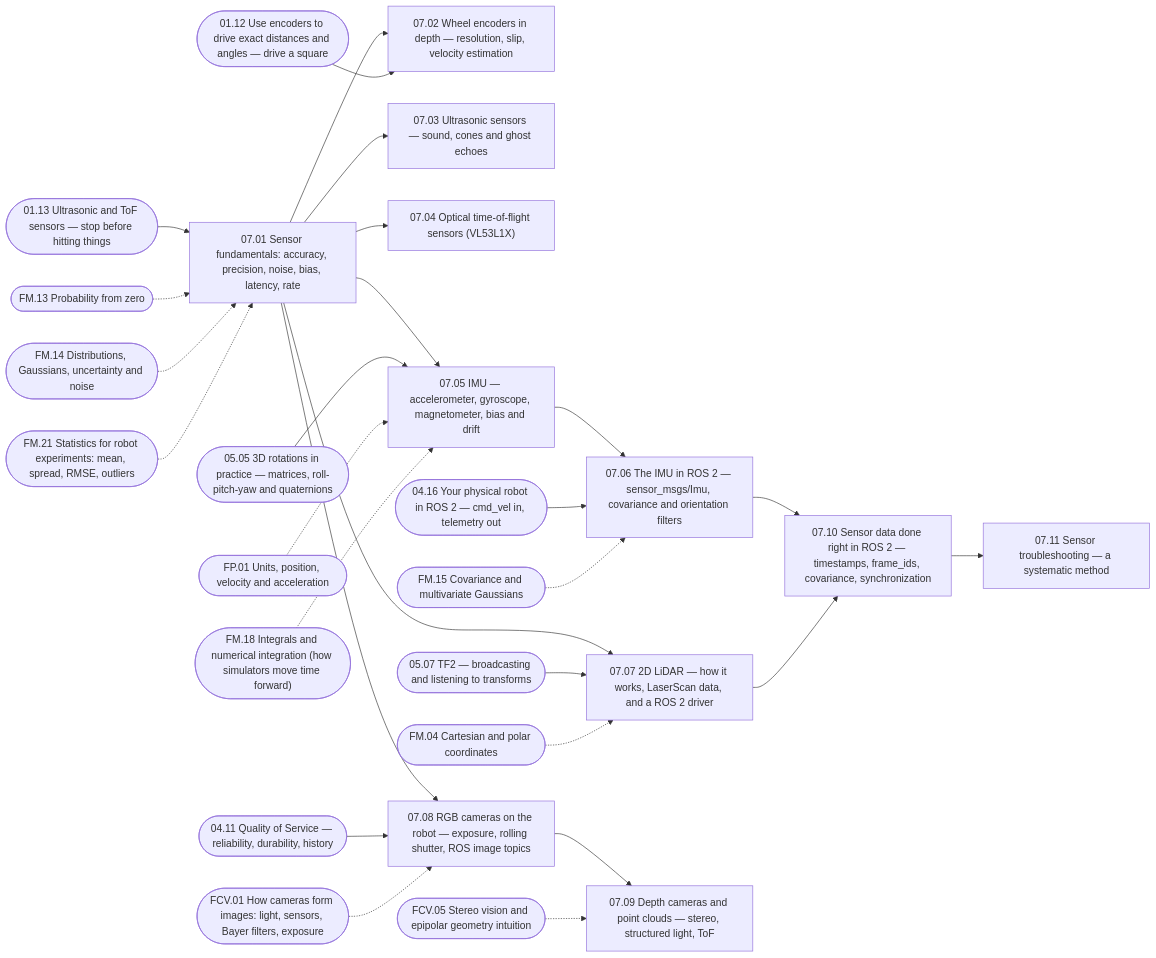
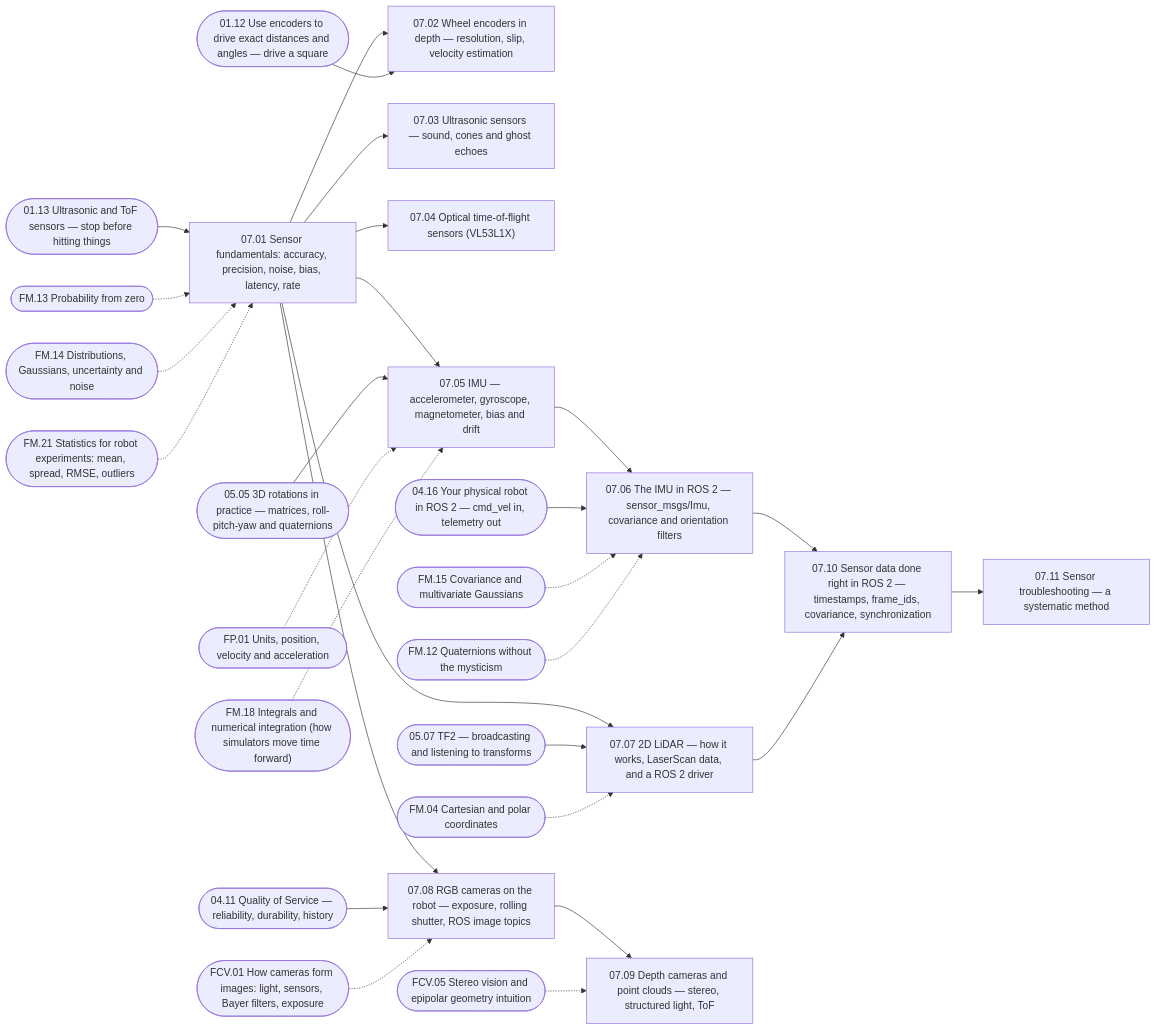
One commit to tal-giladi/robotics-course changed the ninth of 32 diagrams in curriculum/dependency-graph.md. Above: the diagram before and after it, drawn with Mermaid. The commit also changed other lines of this file and 39 other files, not shown here.

````diff
--- a/curriculum/dependency-graph.md
+++ b/curriculum/dependency-graph.md
@@ -641,55 +643,57 @@
 ```mermaid
 flowchart LR
   n_07_01["07.01 Sensor fundamentals: accuracy, precision, noise, bias, latency, rate"]
   n_07_02["07.02 Wheel encoders in depth — resolution, slip, velocity estimation"]
   n_07_03["07.03 Ultrasonic sensors — sound, cones and ghost echoes"]
   n_07_04["07.04 Optical time-of-flight sensors (VL53L1X)"]
   n_07_05["07.05 IMU — accelerometer, gyroscope, magnetometer, bias and drift"]
   n_07_06["07.06 The IMU in ROS 2 — sensor_msgs/Imu, covariance and orientation filters"]
   n_07_07["07.07 2D LiDAR — how it works, LaserScan data, and a ROS 2 driver"]
   n_07_08["07.08 RGB cameras on the robot — exposure, rolling shutter, ROS image topics"]
   n_07_09["07.09 Depth cameras and point clouds — stereo, structured light, ToF"]
   n_07_10["07.10 Sensor data done right in ROS 2 — timestamps, frame_ids, covariance, synchronization"]
   n_07_11["07.11 Sensor troubleshooting — a systematic method"]
   n_01_13 --> n_07_01
   n_FM_13 -.-> n_07_01
   n_FM_14 -.-> n_07_01
   n_FM_21 -.-> n_07_01
   n_07_01 --> n_07_02
   n_01_12 --> n_07_02
   n_07_01 --> n_07_03
   n_07_01 --> n_07_04
   n_07_01 --> n_07_05
   n_05_05 --> n_07_05
   n_FP_01 -.-> n_07_05
   n_FM_18 -.-> n_07_05
   n_07_05 --> n_07_06
   n_04_16 --> n_07_06
   n_FM_15 -.-> n_07_06
+  n_FM_12 -.-> n_07_06
   n_07_01 --> n_07_07
   n_05_07 --> n_07_07
   n_FM_04 -.-> n_07_07
   n_07_01 --> n_07_08
   n_04_11 --> n_07_08
   n_FCV_01 -.-> n_07_08
   n_07_08 --> n_07_09
   n_FCV_05 -.-> n_07_09
   n_07_06 --> n_07_10
   n_07_07 --> n_07_10
   n_07_10 --> n_07_11
   n_01_12(["01.12 Use encoders to drive exact distances and angles — drive a square"])
   n_01_13(["01.13 Ultrasonic and ToF sensors — stop before hitting things"])
   n_04_11(["04.11 Quality of Service — reliability, durability, history"])
   n_04_16(["04.16 Your physical robot in ROS 2 — cmd_vel in, telemetry out"])
   n_05_05(["05.05 3D rotations in practice — matrices, roll-pitch-yaw and quaternions"])
   n_05_07(["05.07 TF2 — broadcasting and listening to transforms"])
   n_FM_04(["FM.04 Cartesian and polar coordinates"])
+  n_FM_12(["FM.12 Quaternions without the mysticism"])
   n_FM_13(["FM.13 Probability from zero"])
   n_FM_14(["FM.14 Distributions, Gaussians, uncertainty and noise"])
   n_FM_15(["FM.15 Covariance and multivariate Gaussians"])
   n_FM_18(["FM.18 Integrals and numerical integration (how simulators move time forward)"])
   n_FM_21(["FM.21 Statistics for robot experiments: mean, spread, RMSE, outliers"])
   n_FP_01(["FP.01 Units, position, velocity and acceleration"])
   n_FCV_01(["FCV.01 How cameras form images: light, sensors, Bayer filters, exposure"])
   n_FCV_05(["FCV.05 Stereo vision and epipolar geometry intuition"])
 ```
````
